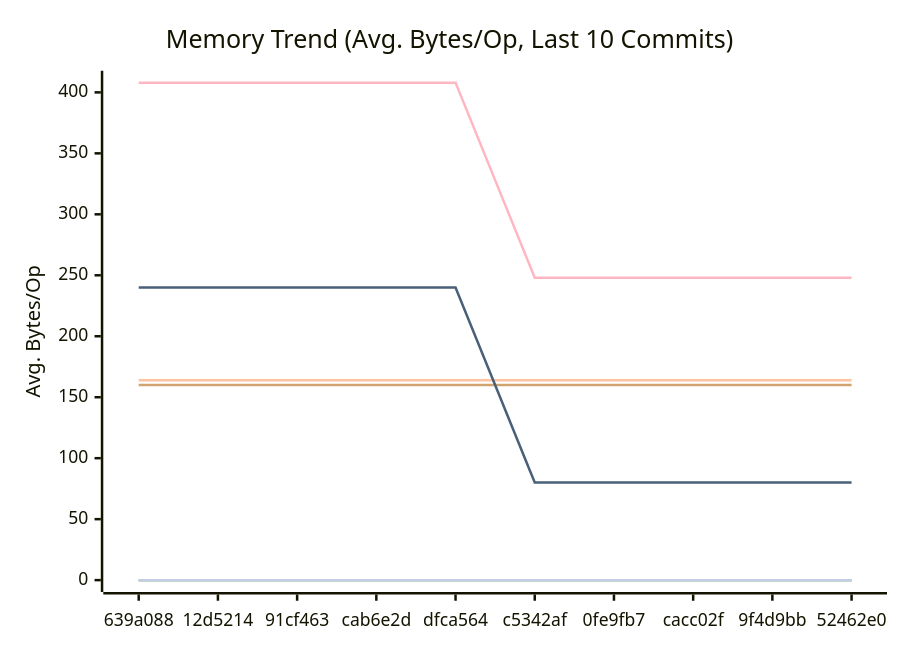
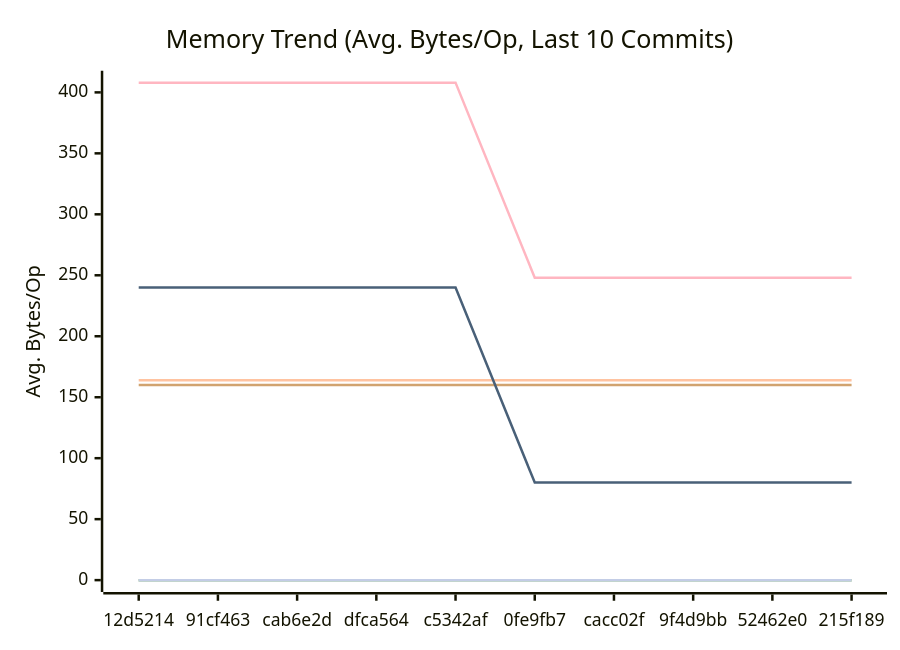
The second of 3 diagrams in docs/PERFORMANCE.md (alsotoes/momo), drawn with Mermaid before and after one commit. The commit also changed other lines of this file and 5 other files, not shown here.

````diff
--- a/docs/PERFORMANCE.md
+++ b/docs/PERFORMANCE.md
@@ -97,16 +97,16 @@
 ```mermaid
 xychart-beta
     title "Memory Trend (Avg. Bytes/Op, Last 10 Commits)"
     x-axis "Commit"
     y-axis "Avg. Bytes/Op"
-    x-axis [639a088,12d5214,91cf463,cab6e2d,dfca564,c5342af,0fe9fb7,cacc02f,9f4d9bb,52462e0]
+    x-axis [12d5214,91cf463,cab6e2d,dfca564,c5342af,0fe9fb7,cacc02f,9f4d9bb,52462e0,215f189]
     line "CheckMetricsAndSwap" [0,0,0,0,0,0,0,0,0,0]
     line "CrushOptimized" [0,0,0,0,0,0,0,0,0,0]
     line "CrushOriginal" [164,164,164,164,164,164,164,164,164,164]
     line "IndexDirectTracking" [0,0,0,0,0,0,0,0,0,0]
     line "IndexSearch" [0,0,0,0,0,0,0,0,0,0]
     line "LoadGlobalConfig" [160,160,160,160,160,160,160,160,160,160]
     line "PadString" [0,0,0,0,0,0,0,0,0,0]
     line "ParseReplicationOrder_NoPrealloc" [408,408,408,408,408,248,248,248,248,248]
     line "ParseReplicationOrder_Prealloc" [240,240,240,240,240,80,80,80,80,80]
 ```
````
